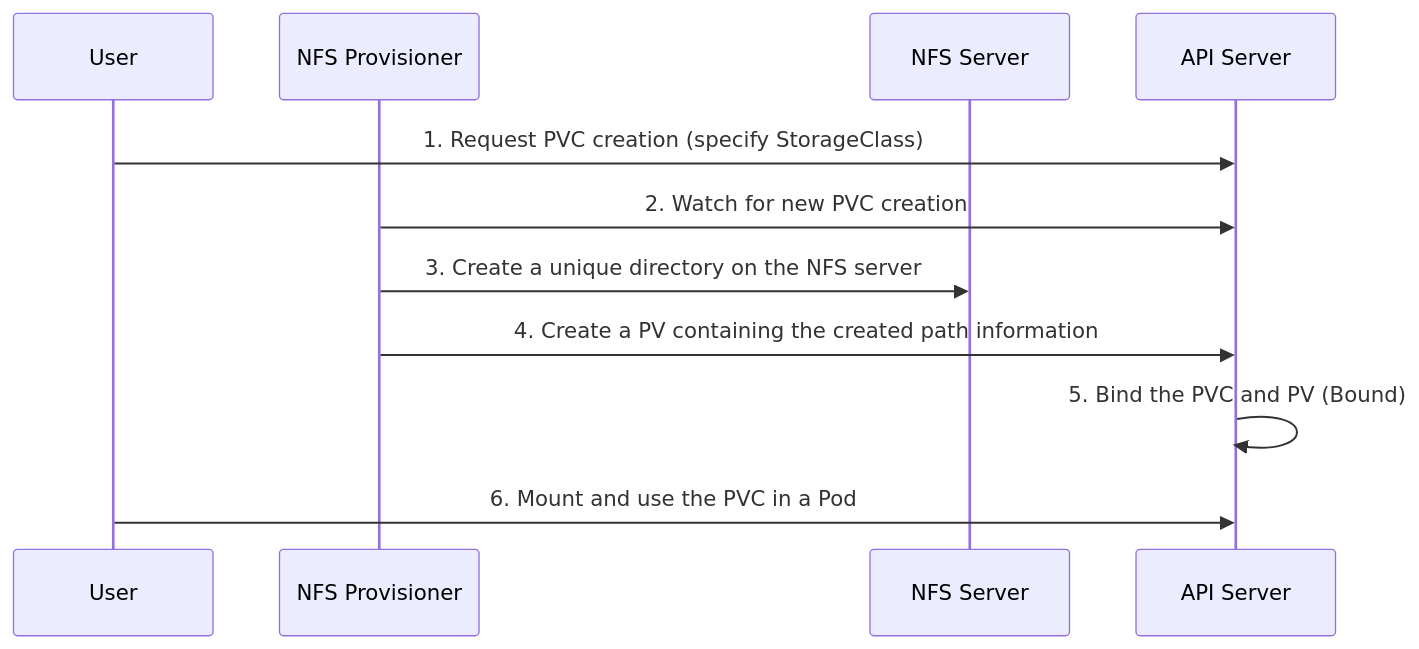
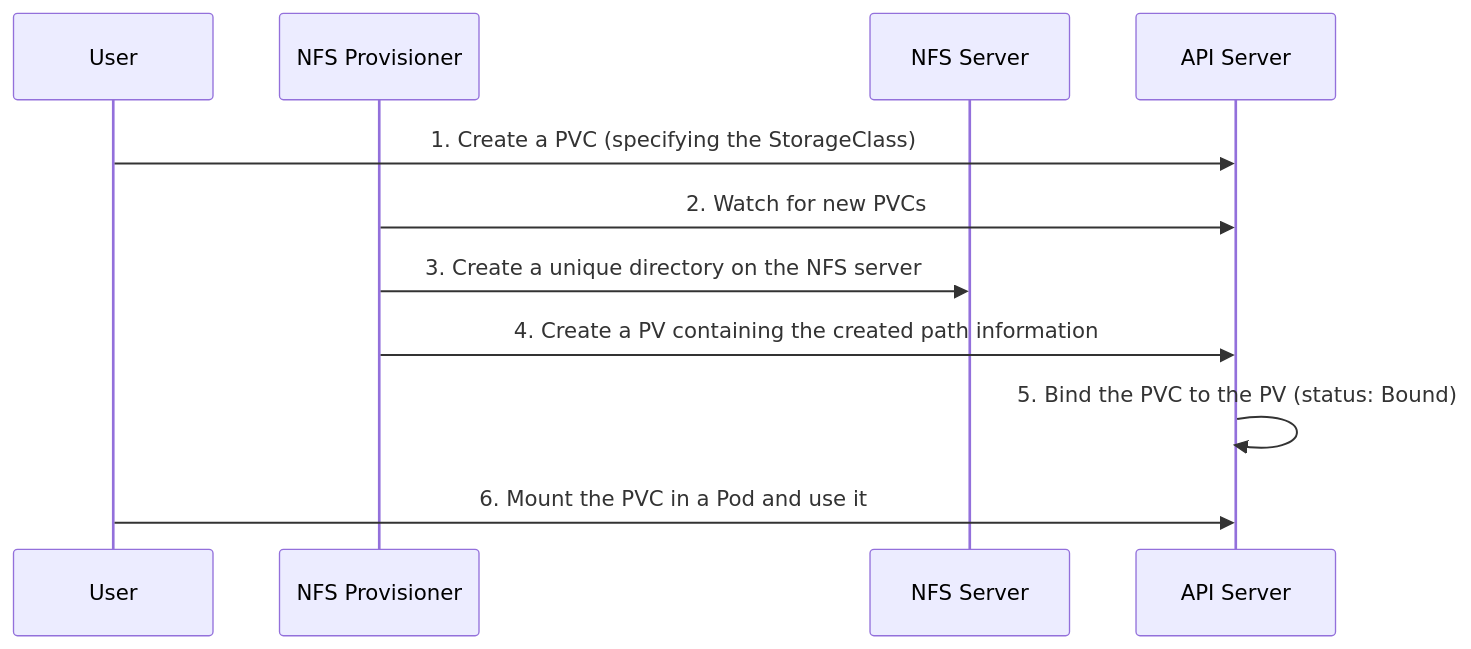
One commit to jeonck/k8s-adv changed the second of 2 diagrams in content/labs/24-nfs-provisioner-yaml.md. Above: the diagram before and after it, drawn with Mermaid. The commit also changed other lines of this file and 16 other files, not shown here.

````diff
--- a/content/labs/24-nfs-provisioner-yaml.md
+++ b/content/labs/24-nfs-provisioner-yaml.md
@@ -46,14 +46,14 @@
 ```mermaid
 sequenceDiagram
     participant U as User
     participant P as NFS Provisioner
     participant S as NFS Server
     participant A as API Server
     
-    U->>A: 1. Request PVC creation (specify StorageClass)
-    P->>A: 2. Watch for new PVC creation
+    U->>A: 1. Create a PVC (specifying the StorageClass)
+    P->>A: 2. Watch for new PVCs
     P->>S: 3. Create a unique directory on the NFS server
     P->>A: 4. Create a PV containing the created path information
-    A->>A: 5. Bind the PVC and PV (Bound)
-    U->>A: 6. Mount and use the PVC in a Pod
+    A->>A: 5. Bind the PVC to the PV (status: Bound)
+    U->>A: 6. Mount the PVC in a Pod and use it
 ```
````
